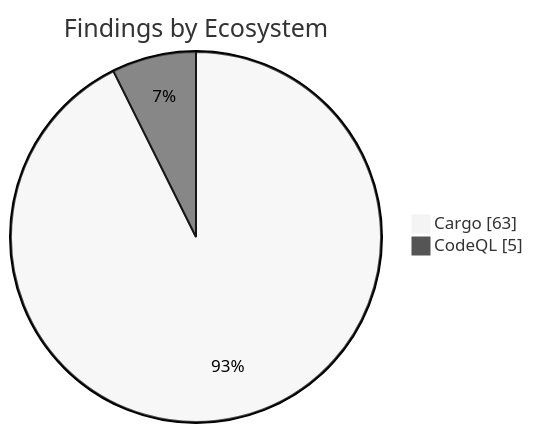
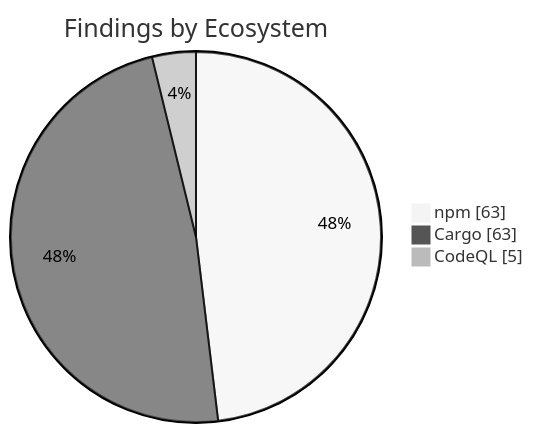
Before and after one commit to KBVE/kbve: the second of 2 diagrams in apps/kbve/astro-kbve/src/content/docs/dashboard/security.mdx, drawn with Mermaid (neutral theme). The commit also changed other lines of this file and 8 other files, not shown here.

````diff
--- a/apps/kbve/astro-kbve/src/content/docs/dashboard/security.mdx
+++ b/apps/kbve/astro-kbve/src/content/docs/dashboard/security.mdx
@@ -71,6 +73,7 @@
 ```mermaid
 pie showData
     title Findings by Ecosystem
+    "npm" : 63
     "Cargo" : 63
     "CodeQL" : 5
 ```
````
